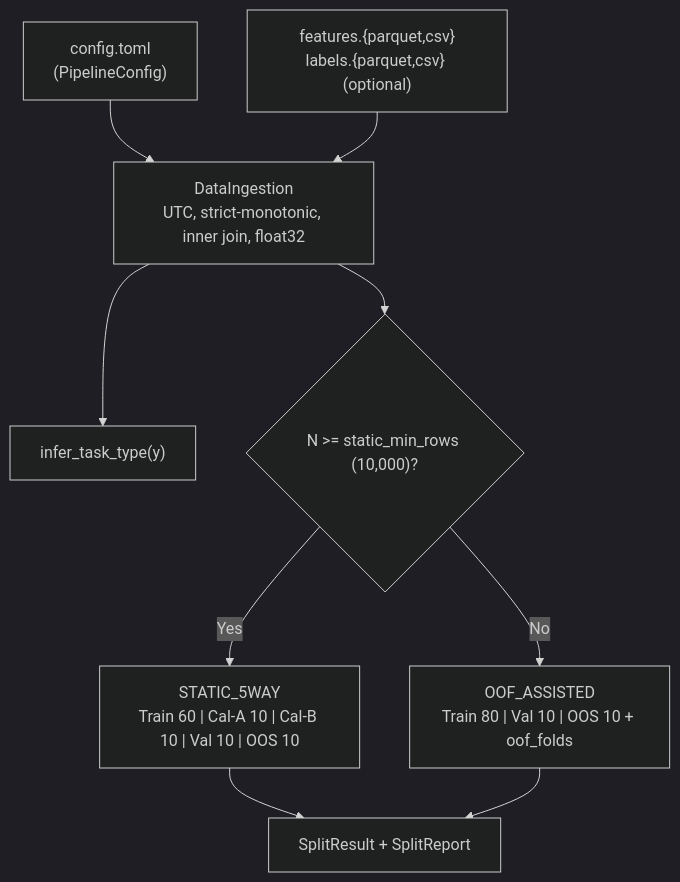
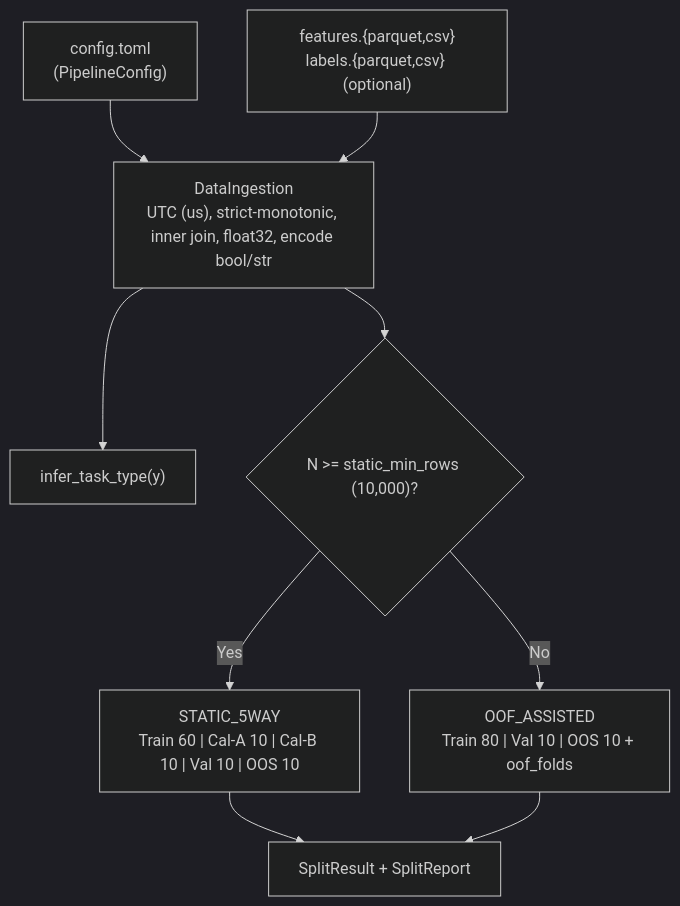
The diagram in docs/plan/01-ingestion-split/DESIGN.md (tempusoneps/quantautoml), drawn with Mermaid (dark theme) before and after one commit. The commit also changed other lines of this file and 7 other files, not shown here.

````diff
--- a/docs/plan/01-ingestion-split/DESIGN.md
+++ b/docs/plan/01-ingestion-split/DESIGN.md
@@ -5,11 +5,11 @@
 ```mermaid
 flowchart TD
     Cfg["config.toml\n(PipelineConfig)"] --> Ingest
-    RawData["features.{parquet,csv}\nlabels.{parquet,csv} (optional)"] --> Ingest["DataIngestion\nUTC, strict-monotonic, inner join, float32"]
+    RawData["features.{parquet,csv}\nlabels.{parquet,csv} (optional)"] --> Ingest["DataIngestion\nUTC (us), strict-monotonic, inner join, float32, encode bool/str"]
     Ingest --> Infer["infer_task_type(y)"]
     Ingest --> SplitCheck{"N >= static_min_rows (10,000)?"}
     SplitCheck -->|"Yes"| StaticSplit["STATIC_5WAY\nTrain 60 | Cal-A 10 | Cal-B 10 | Val 10 | OOS 10"]
     SplitCheck -->|"No"| OOFSplit["OOF_ASSISTED\nTrain 80 | Val 10 | OOS 10 + oof_folds"]
     StaticSplit --> Out["SplitResult + SplitReport"]
     OOFSplit --> Out
 ```
````
